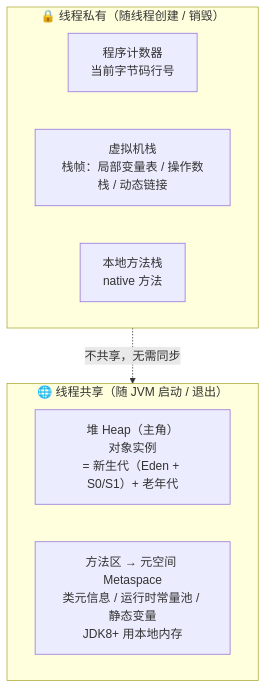
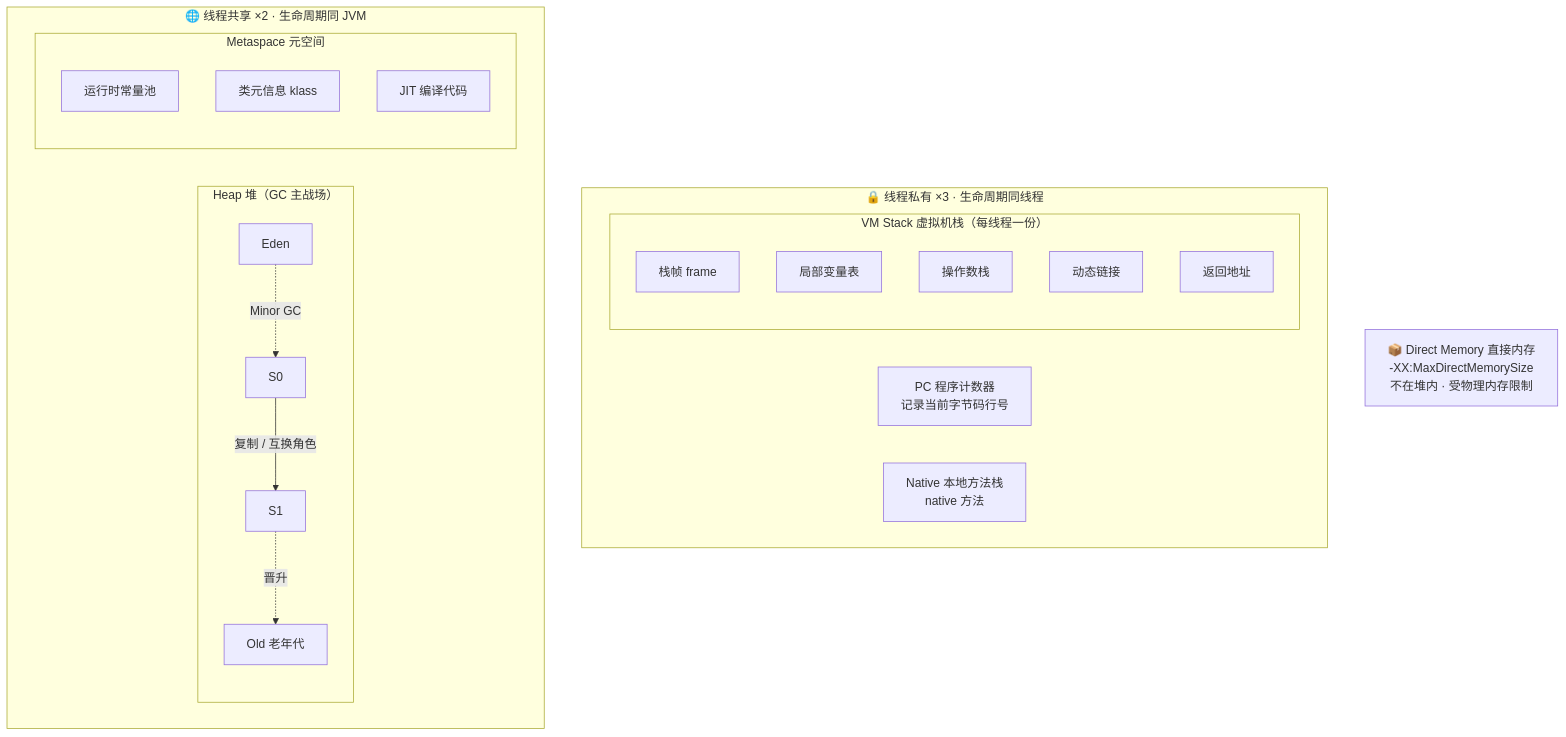
Before and after one commit to vic868/Deliberate: the tenth of 24 diagrams in 1-java/Java面试别再死背八股了（详细整理版）.md, drawn with Mermaid. The commit also changed other lines of this file, not shown here.

````diff
--- a/1-java/Java面试别再死背八股了（详细整理版）.md
+++ b/1-java/Java面试别再死背八股了（详细整理版）.md
@@ -329,13 +334,29 @@
 ```mermaid
 flowchart TB
-    subgraph PRIVATE["🔒 线程私有（随线程创建 / 销毁）"]
-        PC["程序计数器<br/>当前字节码行号"]
-        VS["虚拟机栈<br/>栈帧：局部变量表 / 操作数栈 / 动态链接"]
-        NS["本地方法栈<br/>native 方法"]
+    subgraph P["🔒 线程私有 ×3 · 生命周期同线程"]
+        PC["PC 程序计数器<br/>记录当前字节码行号"]
+        subgraph VMS["VM Stack 虚拟机栈（每线程一份）"]
+            F1["栈帧 frame"]
+            F2["局部变量表"]
+            F3["操作数栈"]
+            F4["动态链接"]
+            F5["返回地址"]
+        end
+        NS["Native 本地方法栈<br/>native 方法"]
     end
-    subgraph SHARED["🌐 线程共享（随 JVM 启动 / 退出）"]
-        HEAP["堆 Heap（主角）<br/>对象实例<br/>= 新生代（Eden + S0/S1）+ 老年代"]
-        META["方法区 → 元空间 Metaspace<br/>类元信息 / 运行时常量池 / 静态变量<br/>JDK8+ 用本地内存"]
+
+    subgraph S["🌐 线程共享 ×2 · 生命周期同 JVM"]
+        subgraph HEAP["Heap 堆（GC 主战场）"]
+            E["Eden"] -.->|"Minor GC"| S0["S0"]
+            S0 -->|"复制 / 互换角色"| S1["S1"]
+            S1 -.->|"晋升"| OLD["Old 老年代"]
+        end
+        subgraph META["Metaspace 元空间"]
+            M1["运行时常量池"]
+            M2["类元信息 klass"]
+            M3["JIT 编译代码"]
+        end
     end
-    PRIVATE -.->|"不共享，无需同步"| SHARED
+
+    DM["📦 Direct Memory 直接内存<br/>-XX:MaxDirectMemorySize<br/>不在堆内 · 受物理内存限制"]
 ```
````
